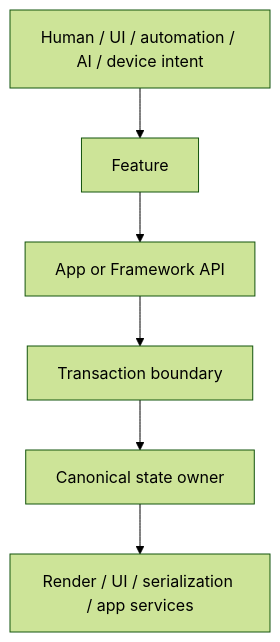
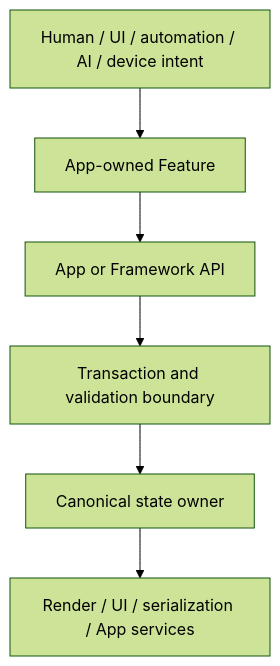
One commit to karote00/asra changed the diagram in README.md. Above: the diagram before and after it, drawn with Mermaid (forest theme). The commit also changed other lines of this file and 1 other file, not shown here.

````diff
--- a/README.md
+++ b/README.md
@@ -84,11 +135,11 @@
 ```mermaid
 flowchart TD
   intent["Human / UI / automation / AI / device intent"]
-  feature["Feature"]
+  feature["App-owned Feature"]
   api["App or Framework API"]
-  transaction["Transaction boundary"]
+  transaction["Transaction and validation boundary"]
   state["Canonical state owner"]
-  projections["Render / UI / serialization / app services"]
+  projections["Render / UI / serialization / App services"]
 
   intent --> feature --> api --> transaction --> state --> projections
 ```
````
